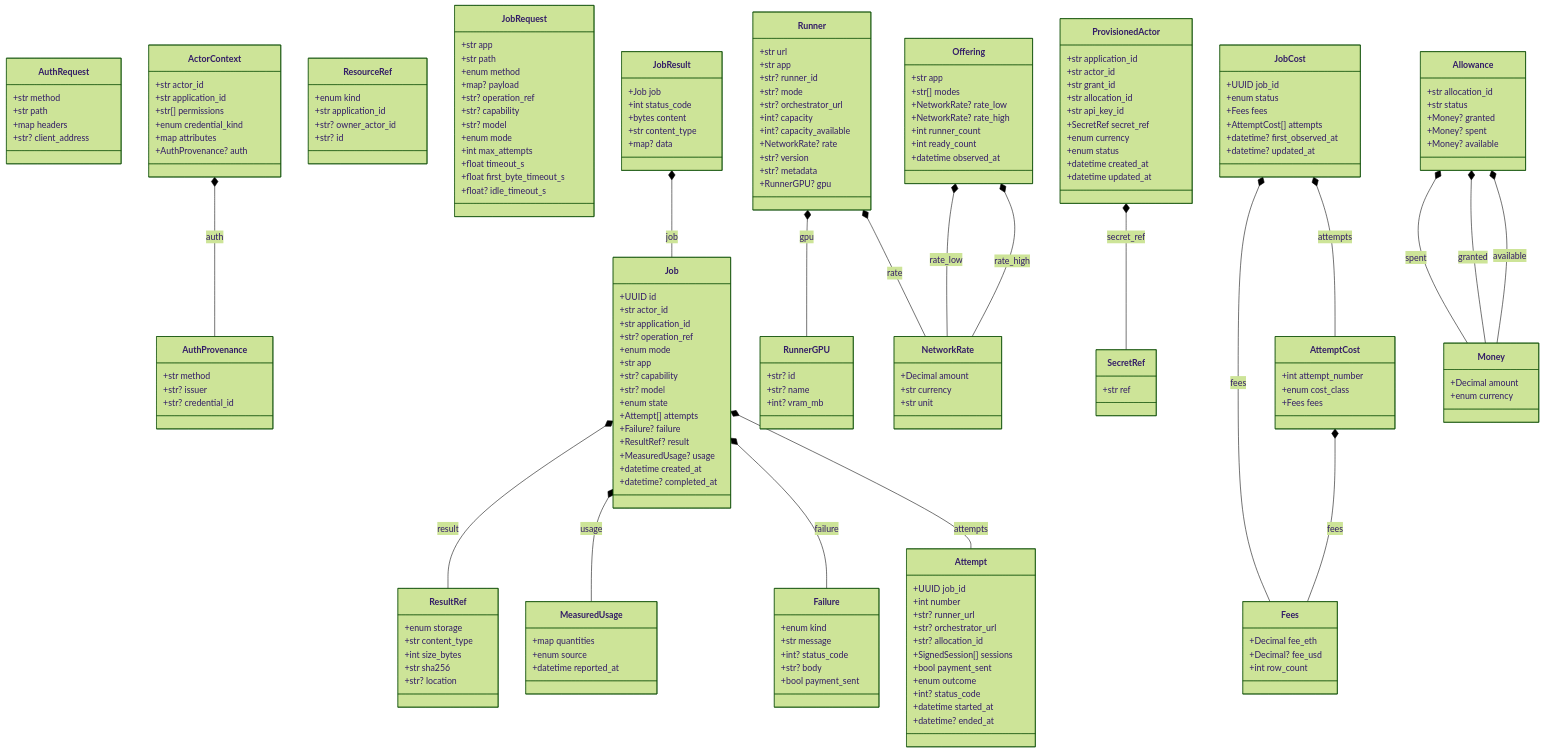
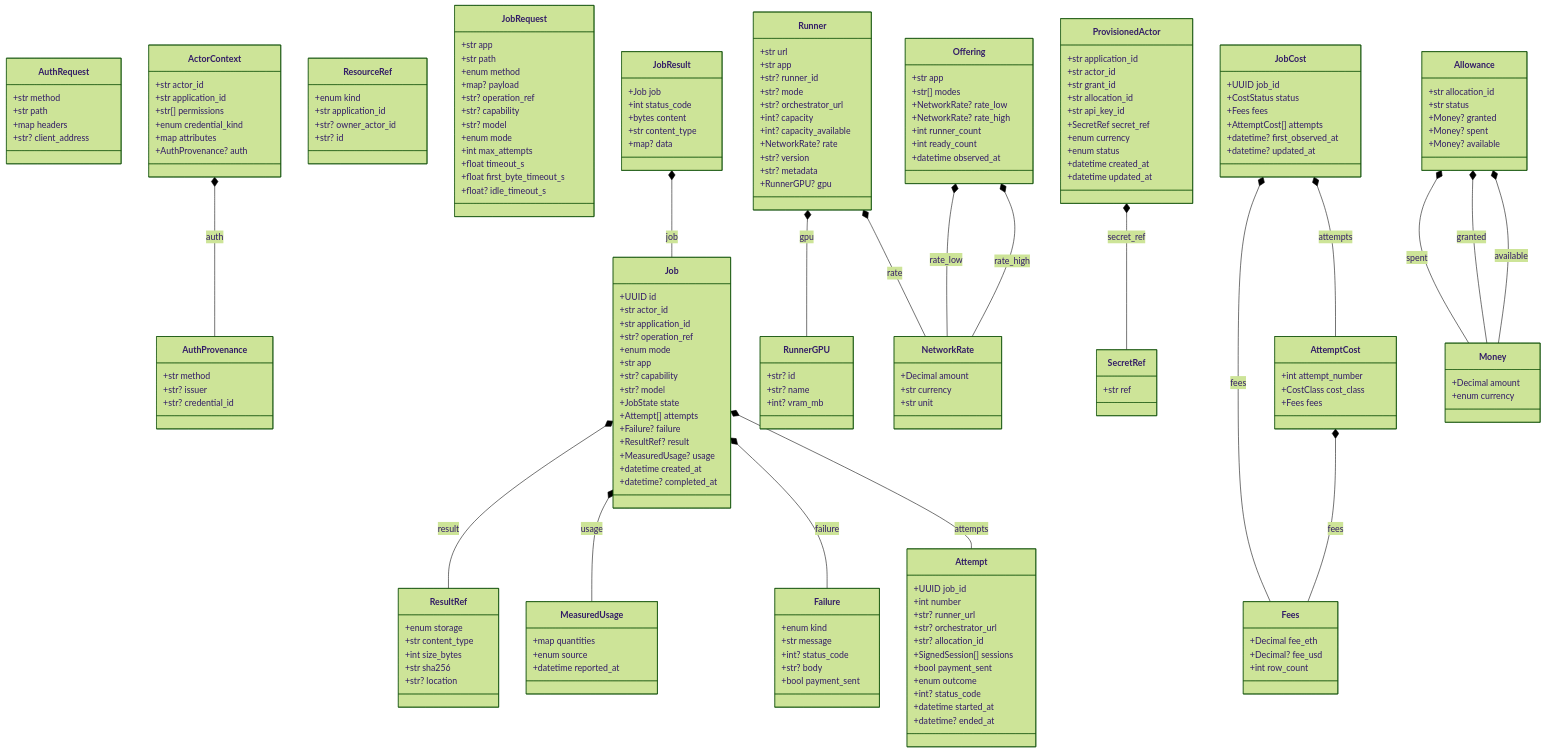
The diagram in docs/generated/contracts.md (NE-Build-Track/livepeer-builder-core), drawn with Mermaid (forest theme) before and after one commit. The commit also changed 13 other files, not shown here.

First line of the commit message:
Keep a job's cost pending until it ends; JobState, CostStatus and CostClass as enums (#33)

```diff
--- a/docs/generated/contracts.md
+++ b/docs/generated/contracts.md
@@ -54,7 +54,7 @@
         +str app
         +str? capability
         +str? model
-        +enum state
+        +JobState state
         +Attempt[] attempts
         +Failure? failure
         +ResultRef? result
@@ -135,7 +135,7 @@
     }
     class JobCost {
         +UUID job_id
-        +enum status
+        +CostStatus status
         +Fees fees
         +AttemptCost[] attempts
         +datetime? first_observed_at
@@ -143,7 +143,7 @@
     }
     class AttemptCost {
         +int attempt_number
-        +enum cost_class
+        +CostClass cost_class
         +Fees fees
     }
     class Fees {
```
